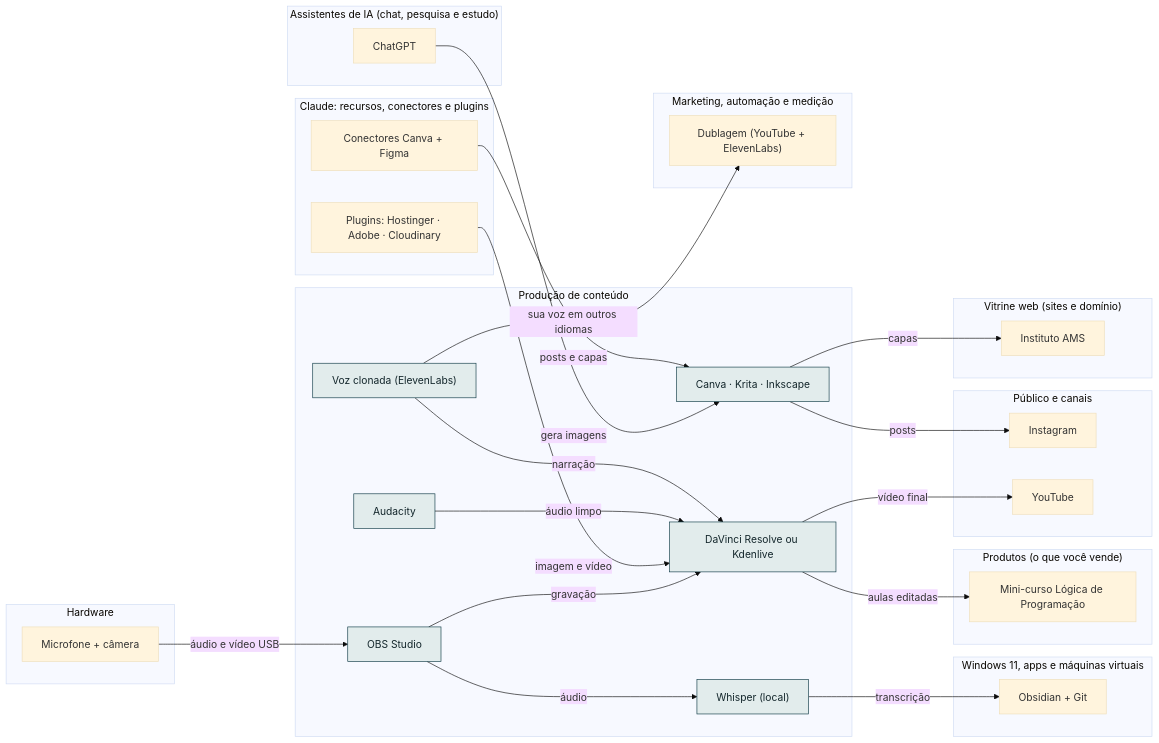
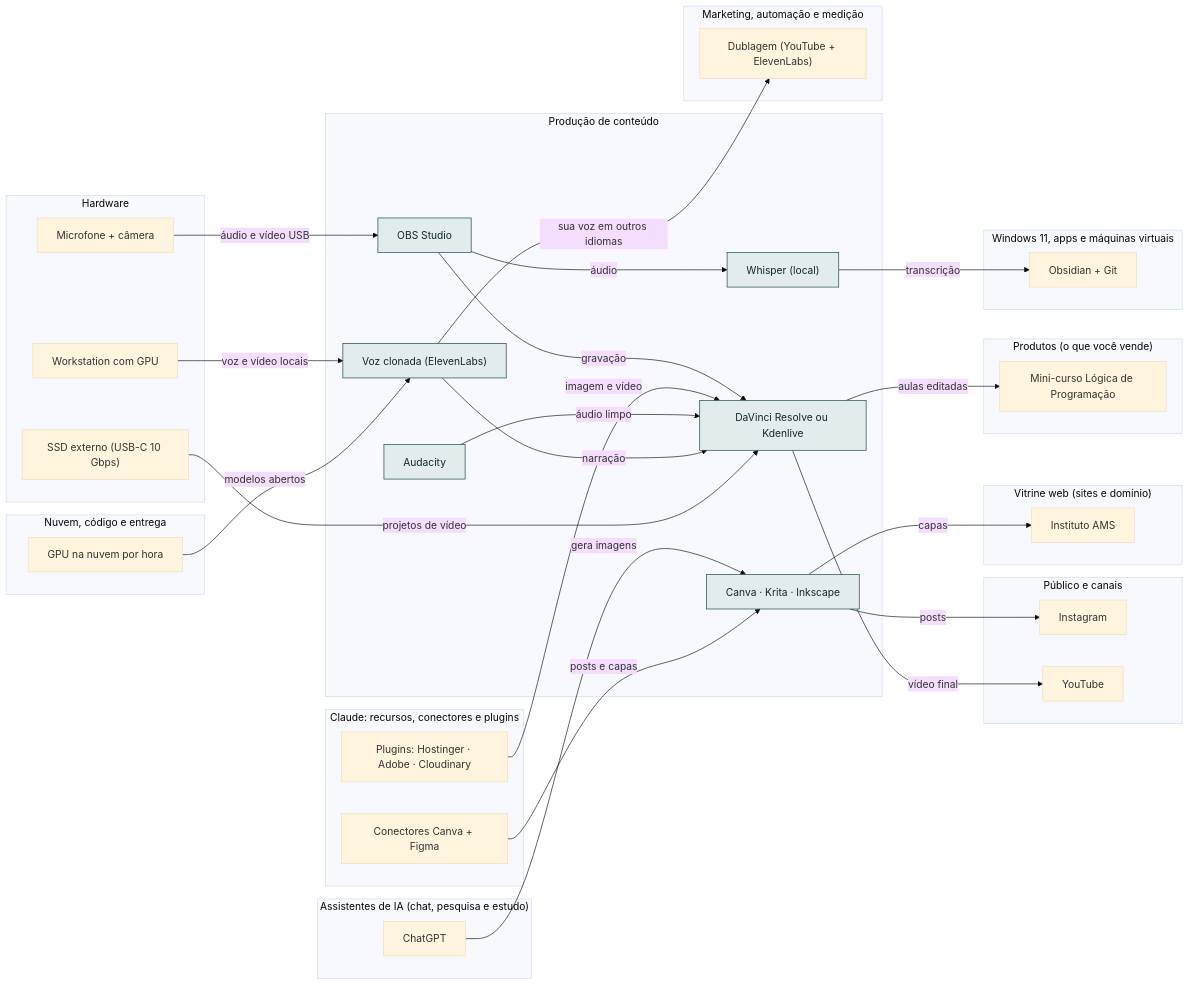
The diagram in docs/camadas/12-cont.md (AlanMateus17/dev-setup), drawn with Mermaid (base theme) before and after one commit. The commit also changed other lines of this file and 21 other files, not shown here.

````diff
--- a/docs/camadas/12-cont.md
+++ b/docs/camadas/12-cont.md
@@ -14,53 +14,61 @@
 ```mermaid
 flowchart LR
   subgraph L_cont["Produção de conteúdo"]
     n_obss["OBS Studio"]
     n_edit["DaVinci Resolve ou Kdenlive"]
     n_aud["Audacity"]
     n_img["Canva · Krita · Inkscape"]
     n_whis["Whisper (local)"]
     n_voz["Voz clonada (ElevenLabs)"]
   end
   subgraph L_pub["Público e canais"]
     n_ig["Instagram"]
     n_yt["YouTube"]
   end
   subgraph L_mkt["Marketing, automação e medição"]
     n_dub["Dublagem (YouTube + ElevenLabs)"]
   end
   subgraph L_web["Vitrine web (sites e domínio)"]
     n_inst["Instituto AMS"]
   end
   subgraph L_prod["Produtos (o que você vende)"]
     n_curso["Mini-curso Lógica de Programação"]
   end
+  subgraph L_nuvem["Nuvem, código e entrega"]
+    n_gpuh["GPU na nuvem por hora"]
+  end
   subgraph L_clc["Claude: recursos, conectores e plugins"]
     n_ccan["Conectores Canva + Figma"]
     n_phst["Plugins: Hostinger · Adobe · Cloudinary"]
   end
   subgraph L_chat["Assistentes de IA (chat, pesquisa e estudo)"]
     n_gpt["ChatGPT"]
   end
   subgraph L_win["Windows 11, apps e máquinas virtuais"]
     n_obsd["Obsidian + Git"]
   end
   subgraph L_hw["Hardware"]
     n_mic["Microfone + câmera"]
+    n_ssdext["SSD externo (USB-C 10 Gbps)"]
+    n_ws["Workstation com GPU"]
   end
   n_obss -->|"gravação"| n_edit
   n_obss -->|"áudio"| n_whis
   n_mic -->|"áudio e vídeo USB"| n_obss
   n_edit -->|"vídeo final"| n_yt
   n_edit -->|"aulas editadas"| n_curso
   n_phst -->|"imagem e vídeo"| n_edit
   n_aud -->|"áudio limpo"| n_edit
   n_voz -->|"narração"| n_edit
+  n_ssdext -->|"projetos de vídeo"| n_edit
   n_img -->|"posts"| n_ig
   n_img -->|"capas"| n_inst
   n_gpt -->|"gera imagens"| n_img
   n_ccan -->|"posts e capas"| n_img
   n_whis -->|"transcrição"| n_obsd
   n_voz -->|"sua voz em outros idiomas"| n_dub
+  n_ws -->|"voz e vídeo locais"| n_voz
+  n_gpuh -->|"modelos abertos"| n_voz
   classDef desta fill:#e2ecec,stroke:#0e3a45,color:#13262b
   class n_obss,n_edit,n_aud,n_img,n_whis,n_voz desta
 ```
````
